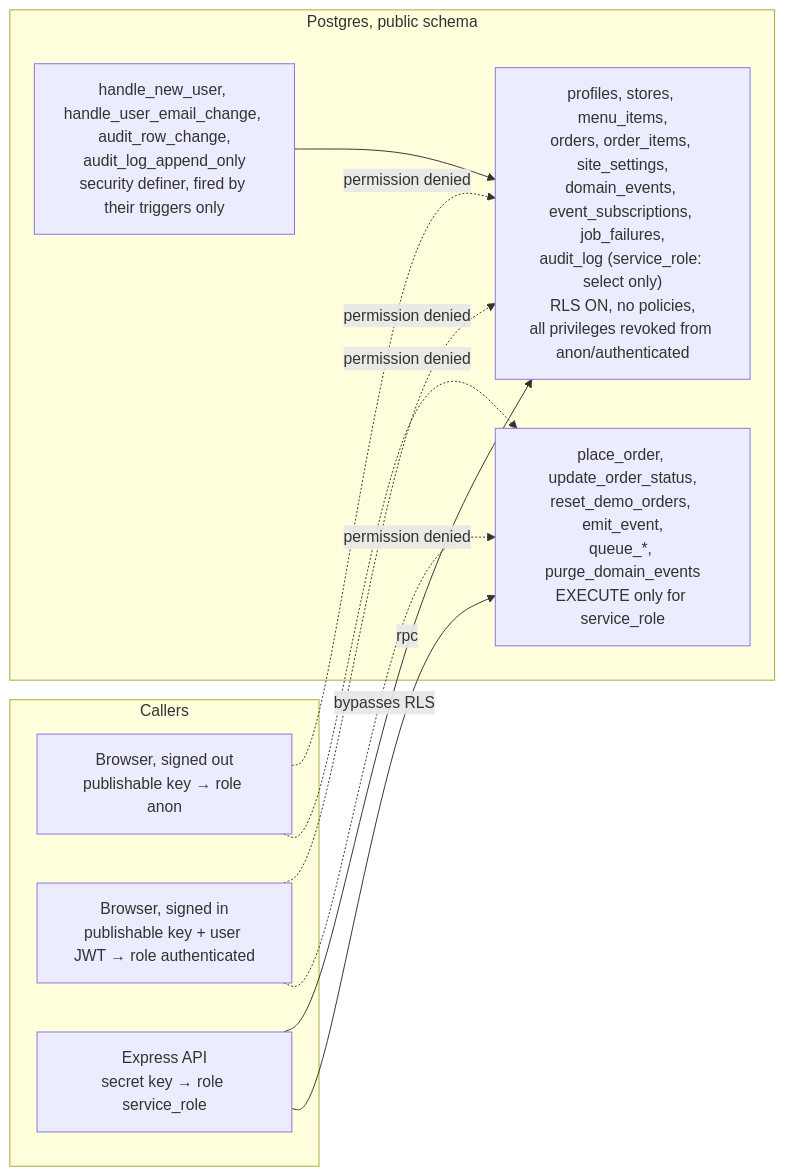
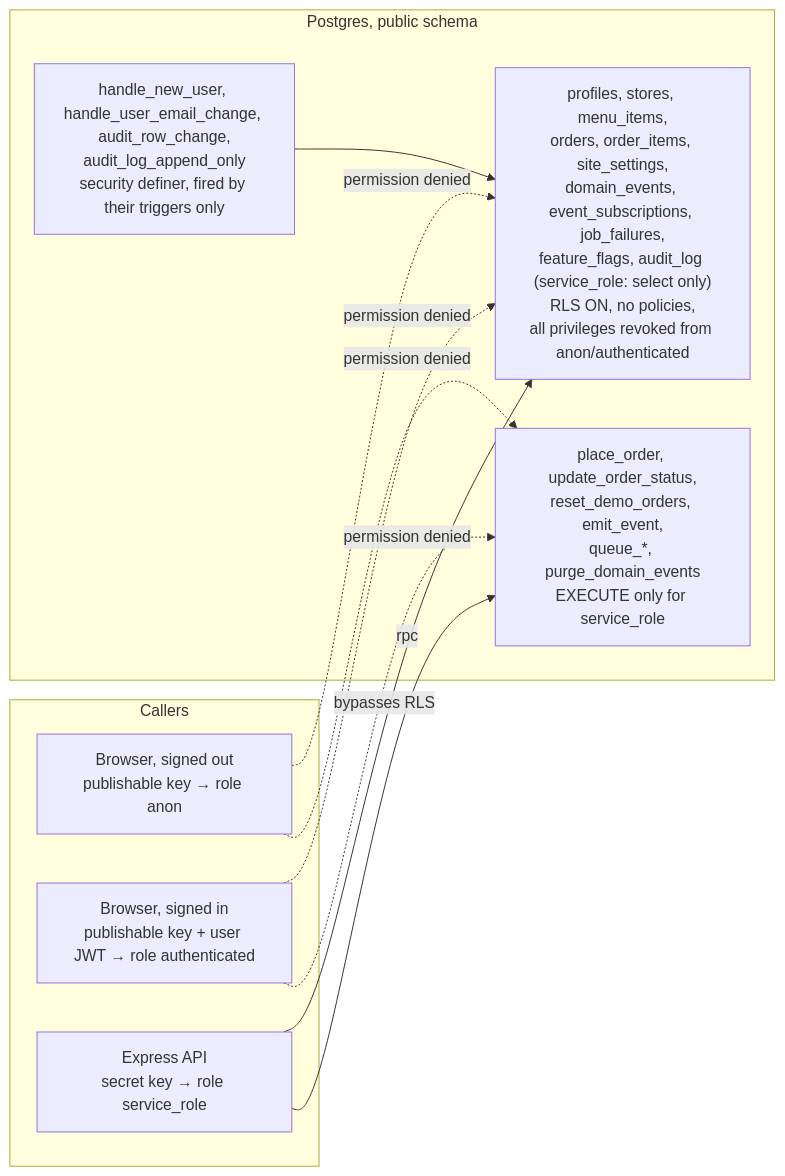
Before and after one commit to The-KhaNha/KhaNha: the diagram in docs/PERMISSIONS.md, drawn with Mermaid. The commit also changed other lines of this file and 22 other files, not shown here.

First line of the commit message:
Feature flags: a table, per-caller evaluation, and an admin flip that is audited

````diff
--- a/docs/PERMISSIONS.md
+++ b/docs/PERMISSIONS.md
@@ -146,22 +147,22 @@
 ```mermaid
 flowchart LR
   subgraph Callers
     Anon["Browser, signed out<br/>publishable key → role anon"]
     Authd["Browser, signed in<br/>publishable key + user JWT → role authenticated"]
     Server["Express API<br/>secret key → role service_role"]
   end
 
   subgraph Postgres["Postgres, public schema"]
-    Tables["profiles, stores, menu_items,<br/>orders, order_items, site_settings,<br/>domain_events, event_subscriptions, job_failures,<br/>audit_log (service_role: select only)<br/>RLS ON, no policies,<br/>all privileges revoked from anon/authenticated"]
+    Tables["profiles, stores, menu_items,<br/>orders, order_items, site_settings,<br/>domain_events, event_subscriptions, job_failures,<br/>feature_flags, audit_log (service_role: select only)<br/>RLS ON, no policies,<br/>all privileges revoked from anon/authenticated"]
     Fns["place_order, update_order_status,<br/>reset_demo_orders, emit_event,<br/>queue_*, purge_domain_events<br/>EXECUTE only for service_role"]
     Trg["handle_new_user, handle_user_email_change, audit_row_change,<br/>audit_log_append_only<br/>security definer, fired by their triggers only"]
   end
 
   Anon -. "permission denied" .-> Tables
   Authd -. "permission denied" .-> Tables
   Anon -. "permission denied" .-> Fns
   Authd -. "permission denied" .-> Fns
   Server -->|"bypasses RLS"| Tables
   Server -->|"rpc"| Fns
   Trg --> Tables
 ```
````
